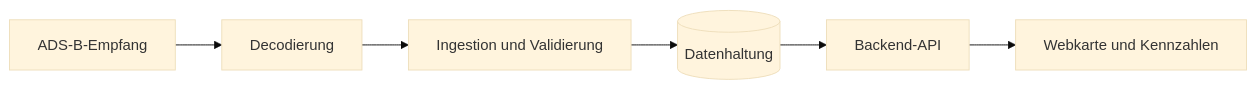
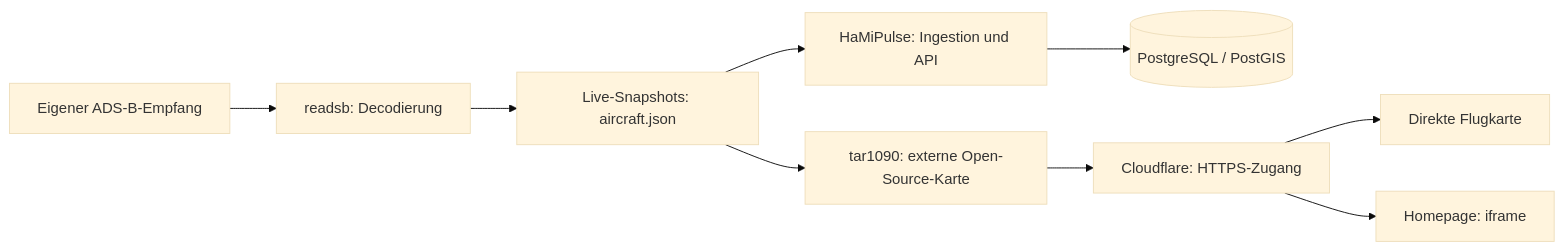
One commit to Snahdul/HaMi-AI-Engineering changed the diagram in docs/case-studies/hami-pulse.md. Above: the diagram before and after it, drawn with Mermaid (base theme). The commit also changed other lines of this file, not shown here.

Commit message:
docs: verify HaMiPulse case study against homepage and technical incident evidence (#3)

````diff
--- a/docs/case-studies/hami-pulse.md
+++ b/docs/case-studies/hami-pulse.md
@@ -21,8 +30,11 @@
 ```mermaid
 flowchart LR
-    A["ADS-B-Empfang"] --> B["Decodierung"]
-    B --> C["Ingestion und Validierung"]
-    C --> D[("Datenhaltung")]
-    D --> E["Backend-API"]
-    E --> F["Webkarte und Kennzahlen"]
+    A["Eigener ADS-B-Empfang"] --> B["readsb: Decodierung"]
+    B --> C["Live-Snapshots: aircraft.json"]
+    C --> D["tar1090: externe Open-Source-Karte"]
+    C --> H["HaMiPulse: Ingestion und API"]
+    H --> I[("PostgreSQL / PostGIS")]
+    D --> E["Cloudflare: HTTPS-Zugang"]
+    E --> F["Direkte Flugkarte"]
+    E --> G["Homepage: iframe"]
 ```
````
